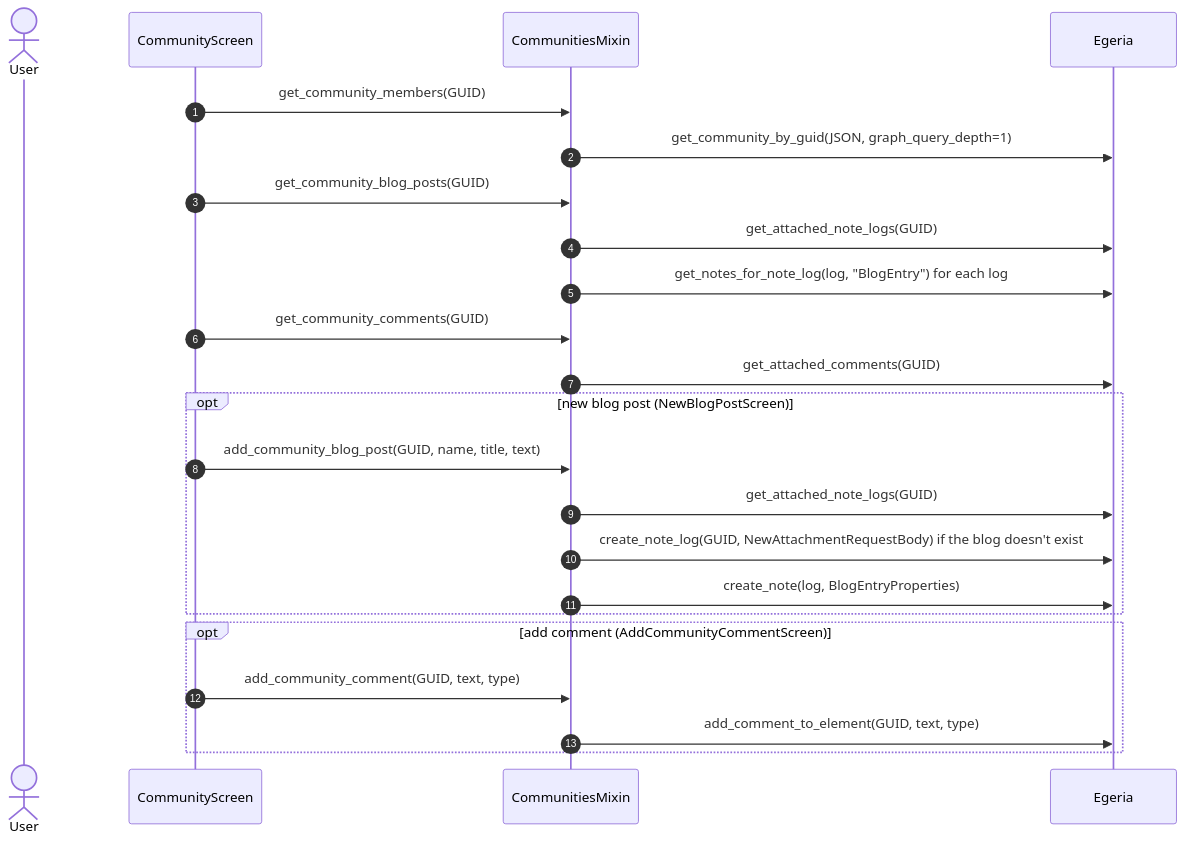
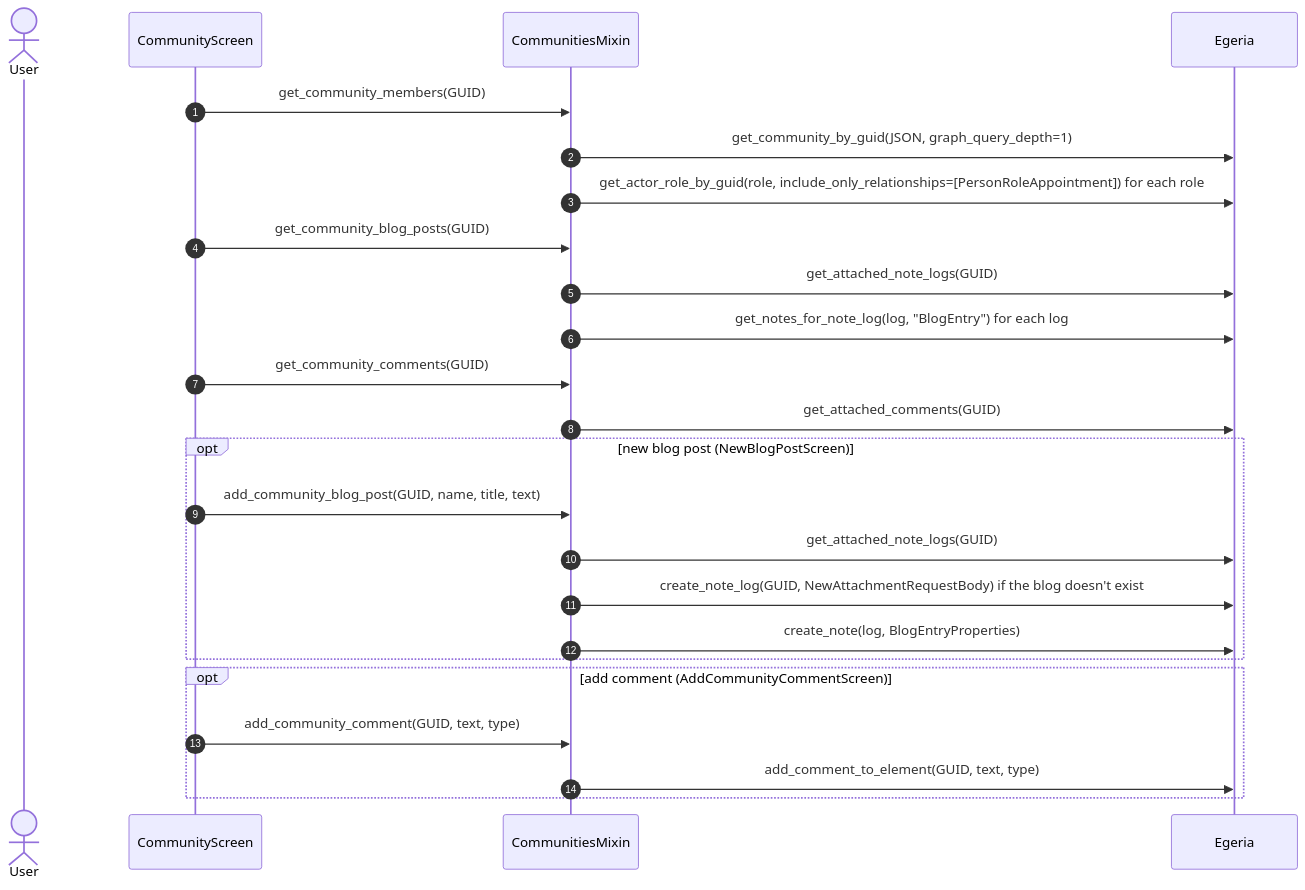
One commit to odpi/egeria-python changed the tenth of 10 diagrams in docs/My-Egeria-Doc.md. Above: the diagram before and after it, drawn with Mermaid. The commit also changed other lines of this file and 42 other files, not shown here.

````diff
--- a/docs/My-Egeria-Doc.md
+++ b/docs/My-Egeria-Doc.md
@@ -632,26 +647,27 @@
 ```mermaid
 sequenceDiagram
     autonumber
     actor User
     participant CoS as CommunityScreen
     participant App as CommunitiesMixin
     participant EG as Egeria
 
     CoS->>App: get_community_members(GUID)
     App->>EG: get_community_by_guid(JSON, graph_query_depth=1)
+    App->>EG: get_actor_role_by_guid(role, include_only_relationships=[PersonRoleAppointment]) for each role
     CoS->>App: get_community_blog_posts(GUID)
     App->>EG: get_attached_note_logs(GUID)
     App->>EG: get_notes_for_note_log(log, "BlogEntry") for each log
     CoS->>App: get_community_comments(GUID)
     App->>EG: get_attached_comments(GUID)
     opt new blog post (NewBlogPostScreen)
         CoS->>App: add_community_blog_post(GUID, name, title, text)
         App->>EG: get_attached_note_logs(GUID)
         App->>EG: create_note_log(GUID, NewAttachmentRequestBody) if the blog doesn't exist
         App->>EG: create_note(log, BlogEntryProperties)
     end
     opt add comment (AddCommunityCommentScreen)
         CoS->>App: add_community_comment(GUID, text, type)
         App->>EG: add_comment_to_element(GUID, text, type)
     end
 ```
````
